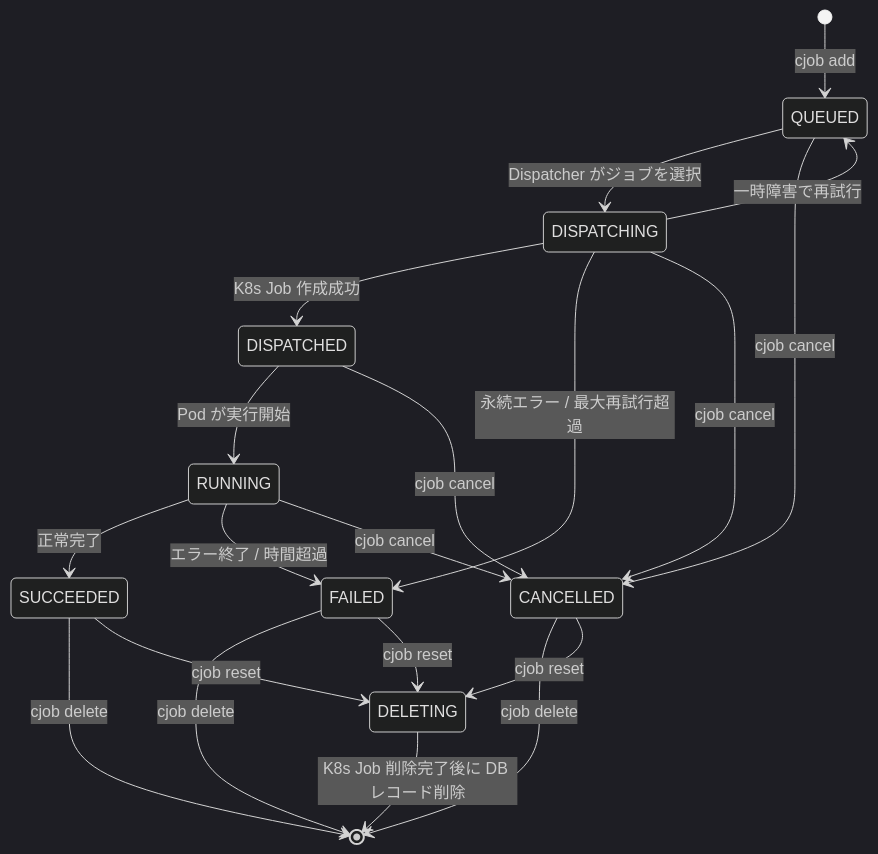
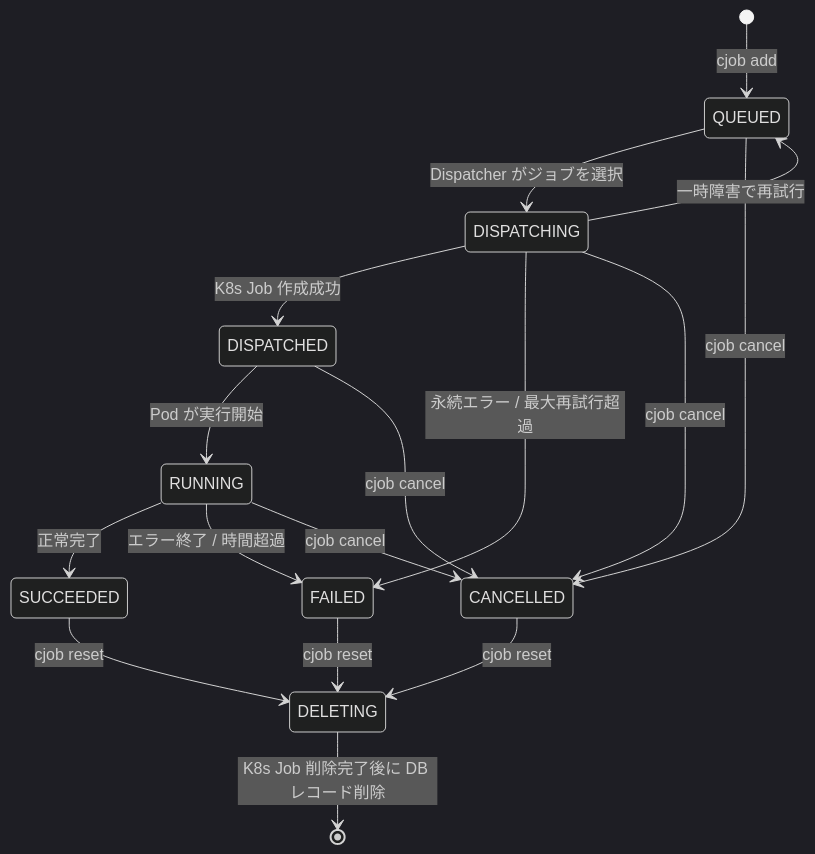
The diagram in README.md (Shu-Tanaka-Group/research-cluster-job-system), drawn with Mermaid (dark theme) before and after one commit. The commit also changed other lines of this file, not shown here.

Commit message:
Revert cjob delete from state diagram and clarify reset vs delete note

````diff
--- a/README.md
+++ b/README.md
@@ -214,29 +214,25 @@
 ```mermaid
 stateDiagram-v2
     [*] --> QUEUED : cjob add
 
     QUEUED --> DISPATCHING : Dispatcher がジョブを選択
     QUEUED --> CANCELLED : cjob cancel
 
     DISPATCHING --> DISPATCHED : K8s Job 作成成功
     DISPATCHING --> QUEUED : 一時障害で再試行
     DISPATCHING --> FAILED : 永続エラー / 最大再試行超過
     DISPATCHING --> CANCELLED : cjob cancel
 
     DISPATCHED --> RUNNING : Pod が実行開始
     DISPATCHED --> CANCELLED : cjob cancel
 
     RUNNING --> SUCCEEDED : 正常完了
     RUNNING --> FAILED : エラー終了 / 時間超過
     RUNNING --> CANCELLED : cjob cancel
 
-    SUCCEEDED --> [*] : cjob delete
-    FAILED --> [*] : cjob delete
-    CANCELLED --> [*] : cjob delete
-
     SUCCEEDED --> DELETING : cjob reset
     FAILED --> DELETING : cjob reset
     CANCELLED --> DELETING : cjob reset
 
     DELETING --> [*] : K8s Job 削除完了後に DB レコード削除
 ```
````
